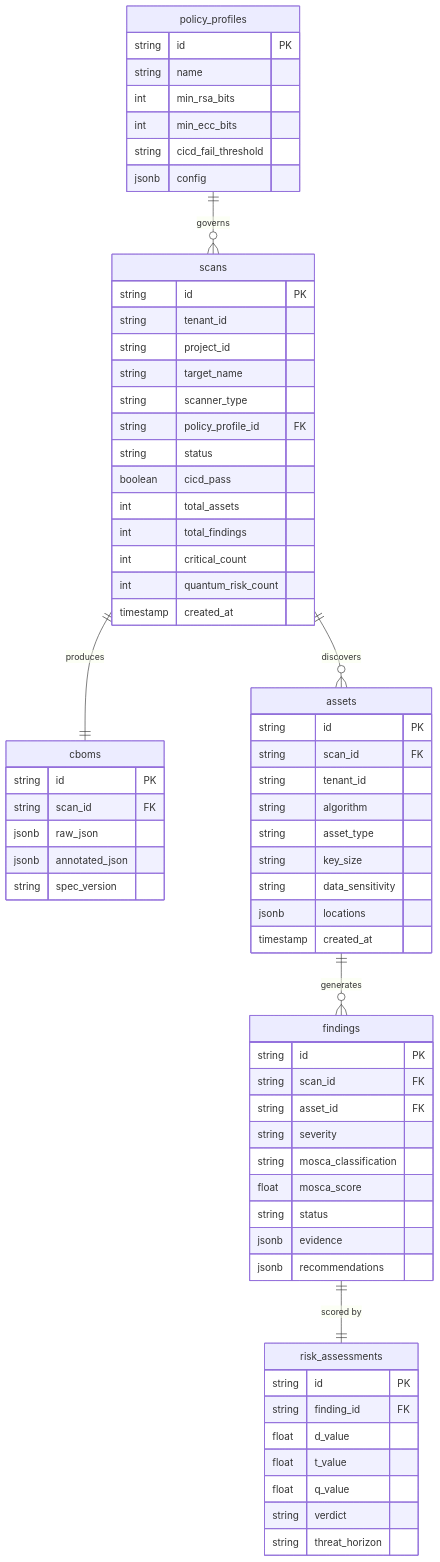
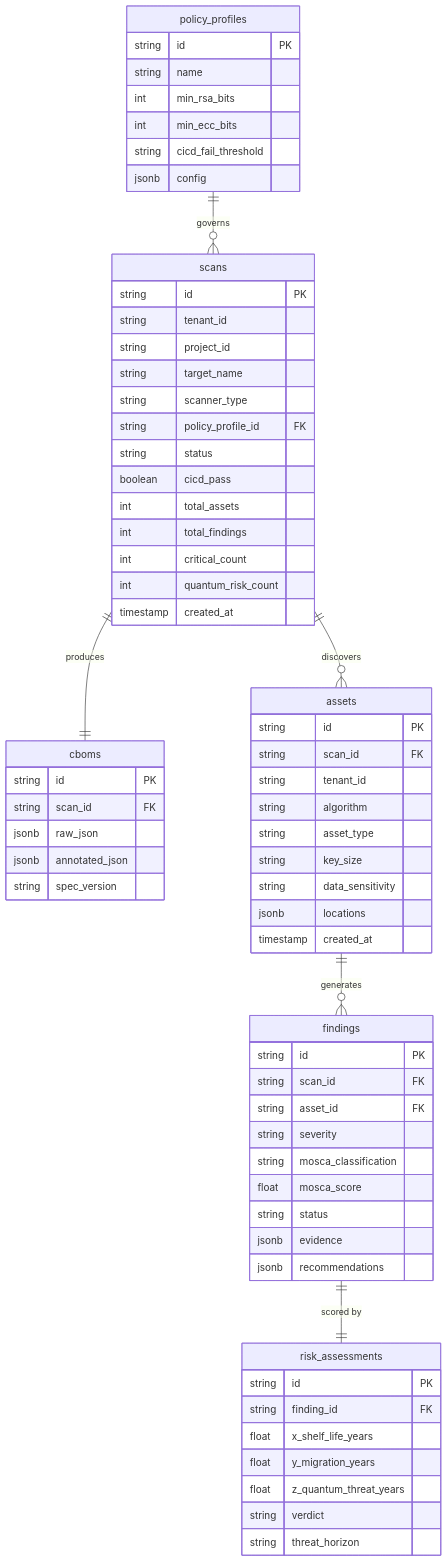
Before and after one commit to jeevanchandrashekhar31-a11y/ECDAT: the fourth of 4 diagrams in README.md, drawn with Mermaid. The commit also changed other lines of this file, not shown here.

````diff
--- a/README.md
+++ b/README.md
@@ -250,75 +218,75 @@
 ```mermaid
 erDiagram
     policy_profiles {
         string id PK
         string name
         int min_rsa_bits
         int min_ecc_bits
         string cicd_fail_threshold
         jsonb config
     }
 
     scans {
         string id PK
         string tenant_id
         string project_id
         string target_name
         string scanner_type
         string policy_profile_id FK
         string status
         boolean cicd_pass
         int total_assets
         int total_findings
         int critical_count
         int quantum_risk_count
         timestamp created_at
     }
 
     cboms {
         string id PK
         string scan_id FK
         jsonb raw_json
         jsonb annotated_json
         string spec_version
     }
 
     assets {
         string id PK
         string scan_id FK
         string tenant_id
         string algorithm
         string asset_type
         string key_size
         string data_sensitivity
         jsonb locations
         timestamp created_at
     }
 
     findings {
         string id PK
         string scan_id FK
         string asset_id FK
         string severity
         string mosca_classification
         float mosca_score
         string status
         jsonb evidence
         jsonb recommendations
     }
 
     risk_assessments {
         string id PK
         string finding_id FK
-        float d_value
-        float t_value
-        float q_value
+        float x_shelf_life_years
+        float y_migration_years
+        float z_quantum_threat_years
         string verdict
         string threat_horizon
     }
 
     policy_profiles ||--o{ scans : "governs"
     scans ||--|| cboms : "produces"
     scans ||--o{ assets : "discovers"
     assets ||--o{ findings : "generates"
     findings ||--|| risk_assessments : "scored by"
 ```
````
